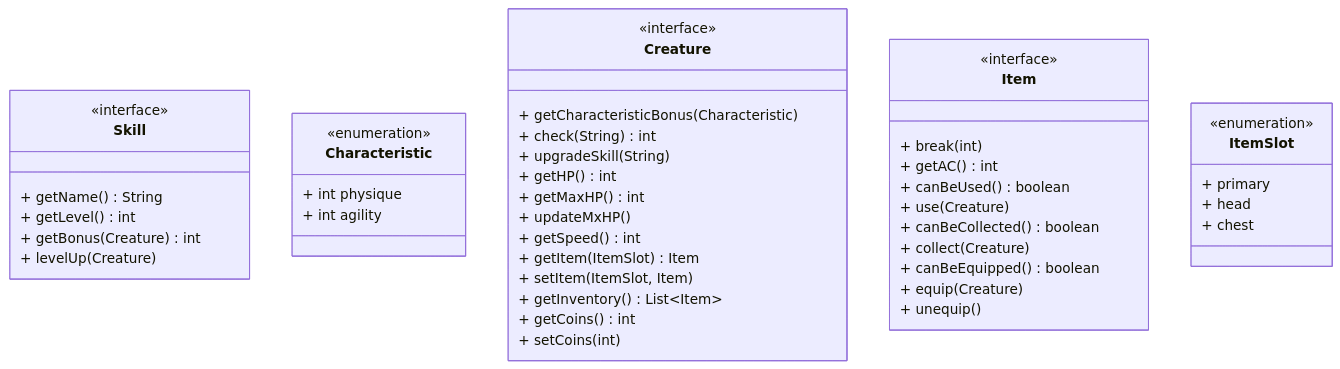
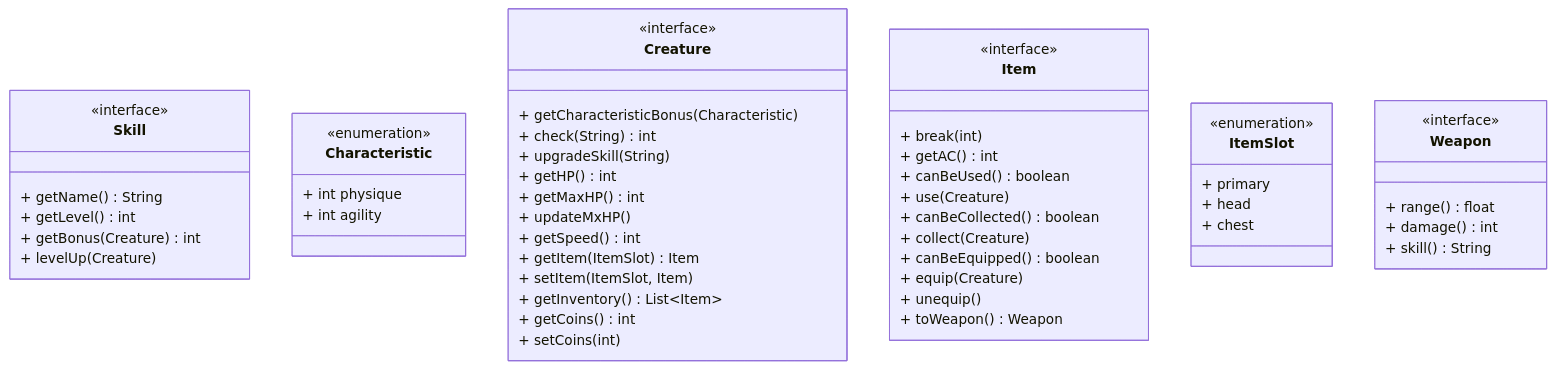
The third of 36 diagrams in class_design/Version_0_1.md (StrangeClone/GreatGame), drawn with Mermaid before and after one commit. The commit also changed other lines of this file and 34 other files, not shown here.

````diff
--- a/class_design/Version_0_1.md
+++ b/class_design/Version_0_1.md
@@ -130,48 +130,55 @@
 ```mermaid
 classDiagram
-class Skill {
+  class Skill {
     <<interface>>
     + getName() String
     + getLevel() int
     + getBonus(Creature) int
     + levelUp(Creature)
-}
-class Characteristic {
+  }
+  class Characteristic {
     <<enumeration>>
     + int physique
     + int agility
-}
-class Creature {
+  }
+  class Creature {
     <<interface>>
     + getCharacteristicBonus(Characteristic)
     + check(String) int
     + upgradeSkill(String)
     + getHP() int
     + getMaxHP() int
     + updateMxHP()
     + getSpeed() int
     + getItem(ItemSlot) Item
     + setItem(ItemSlot, Item)
     + getInventory() List~Item~
     + getCoins() int
     + setCoins(int)
-}
-class Item {
+  }
+  class Item {
     <<interface>>
     + break(int)
     + getAC() int
     + canBeUsed() boolean
     + use(Creature)
     + canBeCollected() boolean
     + collect(Creature)
     + canBeEquipped() boolean
     + equip(Creature)
     + unequip()
-}
+    + toWeapon() Weapon
+  }
   class ItemSlot {
     <<enumeration>>
     + primary
     + head
     + chest
   }
+  class Weapon {
+      <<interface>>
+      + range() float
+      + damage() int
+      + skill() String
+  }
 ```
````
